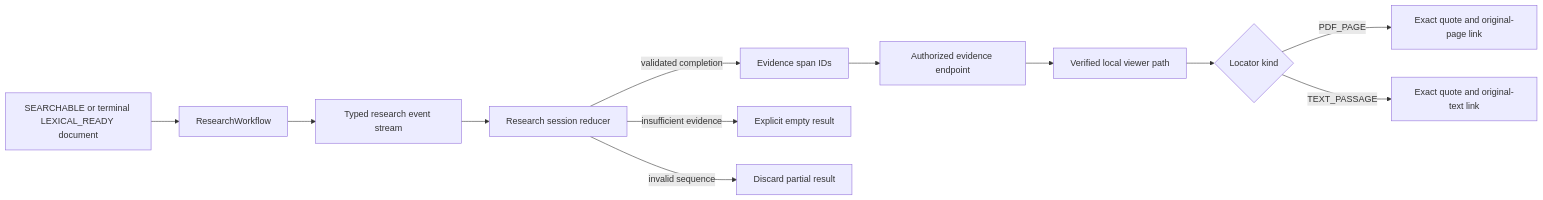
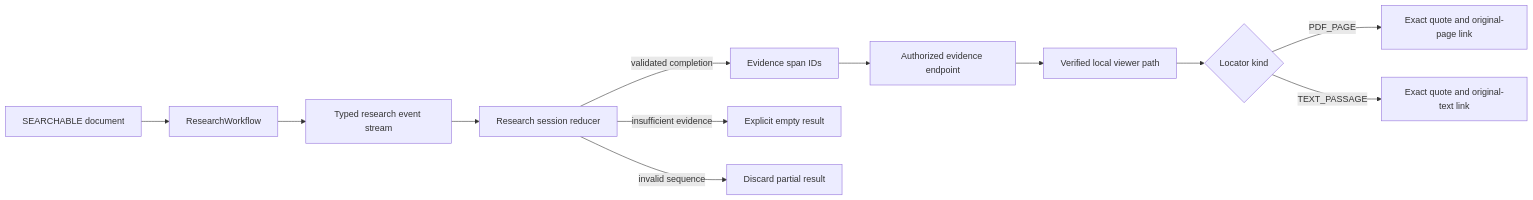
Before and after one commit to rnkraus/investment-research: the third of 3 diagrams in frontend/src/features/archive/README.md, drawn with Mermaid. The commit also changed other lines of this file and 1 other file, not shown here.

````diff
--- a/frontend/src/features/archive/README.md
+++ b/frontend/src/features/archive/README.md
@@ -70,14 +71,14 @@
 ```mermaid
 flowchart LR
-    READY[SEARCHABLE or terminal LEXICAL_READY document] --> FORM[ResearchWorkflow]
+    READY[SEARCHABLE document] --> FORM[ResearchWorkflow]
     FORM --> STREAM[Typed research event stream]
     STREAM --> SESSION[Research session reducer]
     SESSION -->|validated completion| IDS[Evidence span IDs]
     IDS --> RESOLVE[Authorized evidence endpoint]
     RESOLVE --> SAFE[Verified local viewer path]
     SAFE --> LOCATOR{Locator kind}
     LOCATOR -->|PDF_PAGE| PAGE[Exact quote and original-page link]
     LOCATOR -->|TEXT_PASSAGE| TEXT[Exact quote and original-text link]
     SESSION -->|insufficient evidence| EMPTY[Explicit empty result]
     SESSION -->|invalid sequence| REJECT[Discard partial result]
 ```
````
